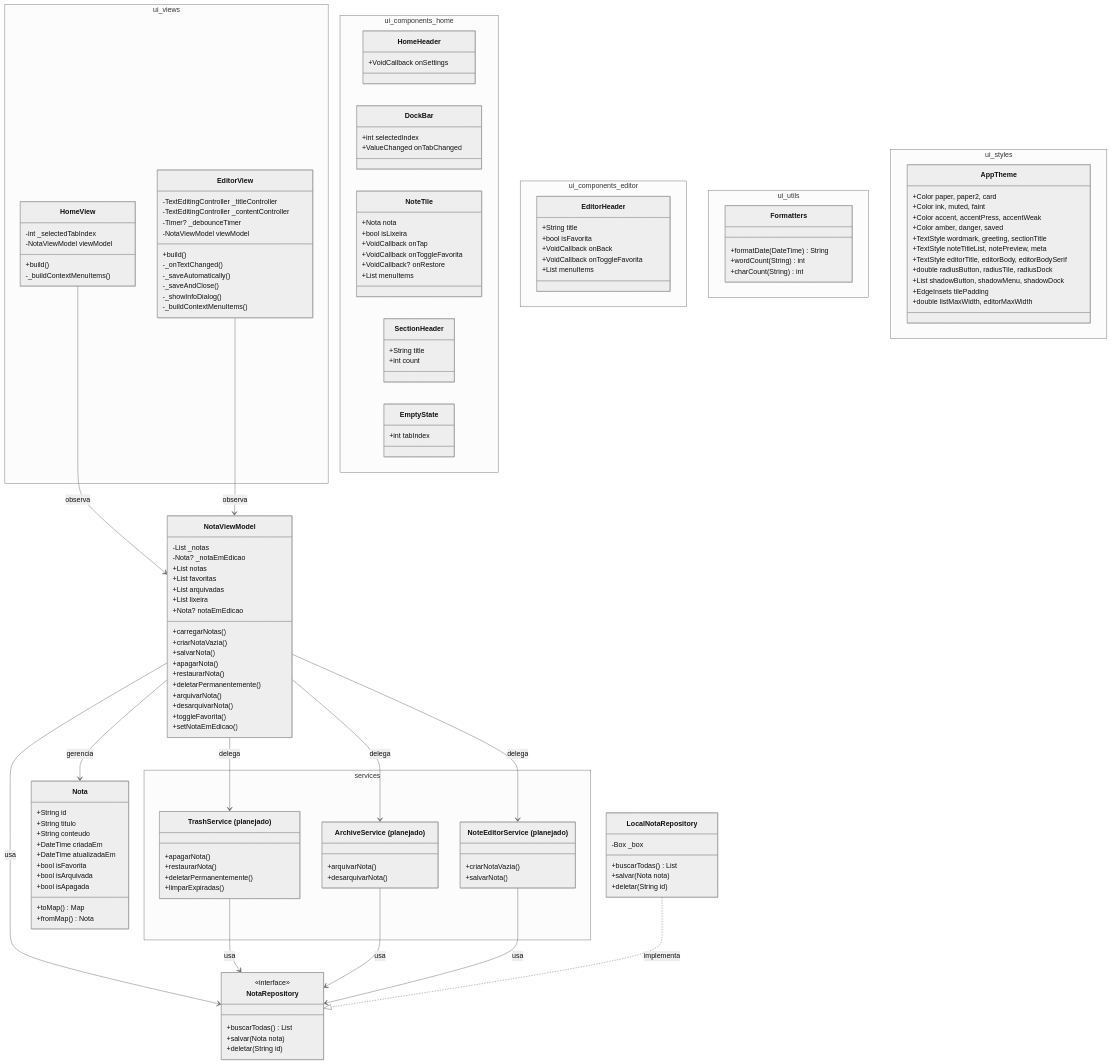
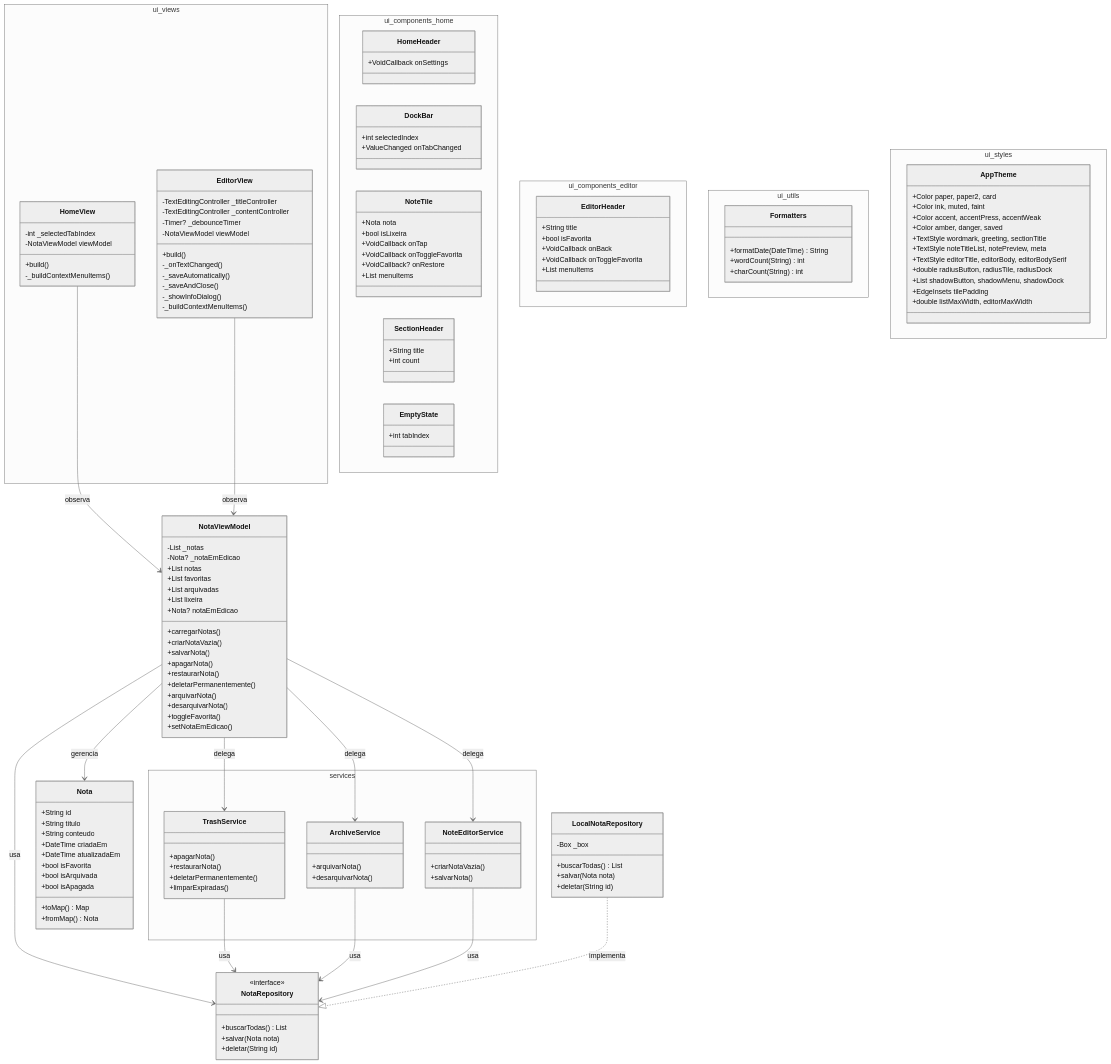
One commit to rogial12/anotai changed the diagram in docs/diagrama.md. Above: the diagram before and after it, drawn with Mermaid (neutral theme). The commit also changed other lines of this file, not shown here.

Commit message:
Atualização no diagrama.md

```diff
--- a/docs/diagrama.md
+++ b/docs/diagrama.md
@@ -133,17 +133,17 @@
     }
 
     namespace services {
-        class TrashService["TrashService (planejado)"] {
+        class TrashService {
             +apagarNota()
             +restaurarNota()
             +deletarPermanentemente()
             +limparExpiradas()
         }
-        class ArchiveService["ArchiveService (planejado)"] {
+        class ArchiveService {
             +arquivarNota()
             +desarquivarNota()
         }
-        class NoteEditorService["NoteEditorService (planejado)"] {
+        class NoteEditorService {
             +criarNotaVazia()
             +salvarNota()
         }
```
